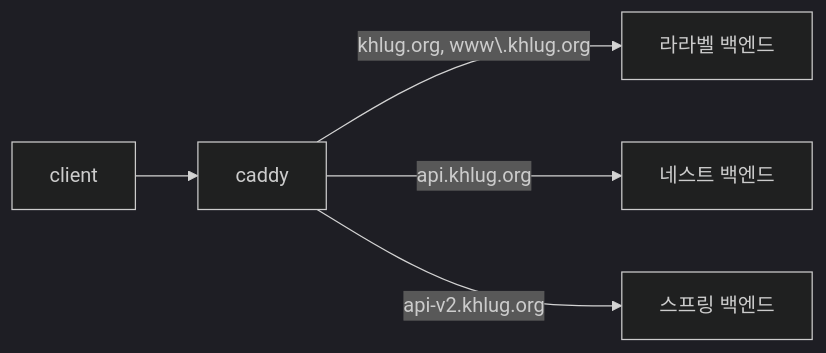
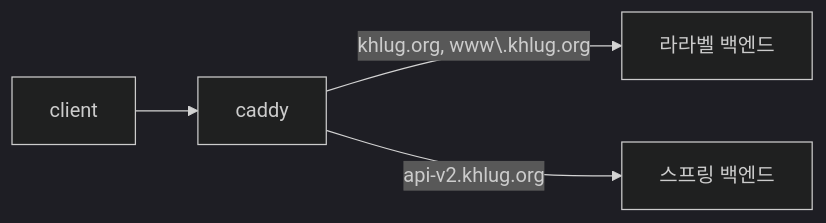
One commit to khu-khlug/sight-infra changed the diagram in README.md. Above: the diagram before and after it, drawn with Mermaid (dark theme). The commit also changed other lines of this file and 5 other files, not shown here.

Commit message:
fix: nestjs-backend 서비스 레포지토리 제거 및 문서 갱신

````diff
--- a/README.md
+++ b/README.md
@@ -7,13 +7,11 @@
 ```mermaid
 flowchart LR
   client
   reverse-proxy["caddy"]
   laravel-backend["라라벨 백엔드"]
-  nestjs-backend["네스트 백엔드"]
   spring-backend["스프링 백엔드"]
 
   client --> reverse-proxy
   reverse-proxy -->|"khlug.org, www\.khlug.org"|laravel-backend
-  reverse-proxy -->|"api.khlug.org"| nestjs-backend
   reverse-proxy -->|"api-v2.khlug.org"| spring-backend
 ```
````
